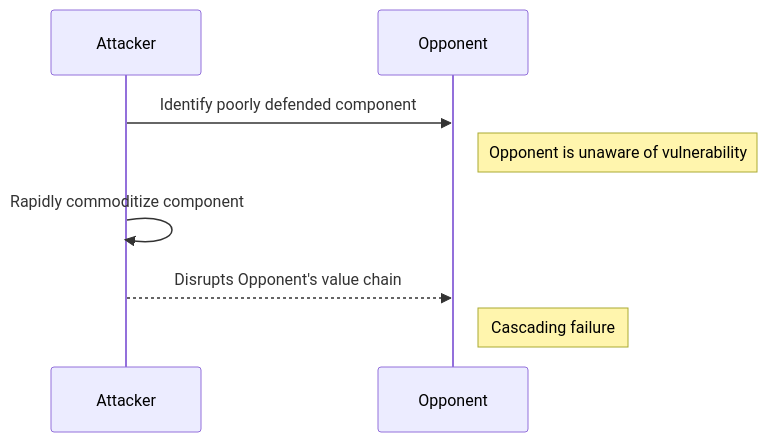
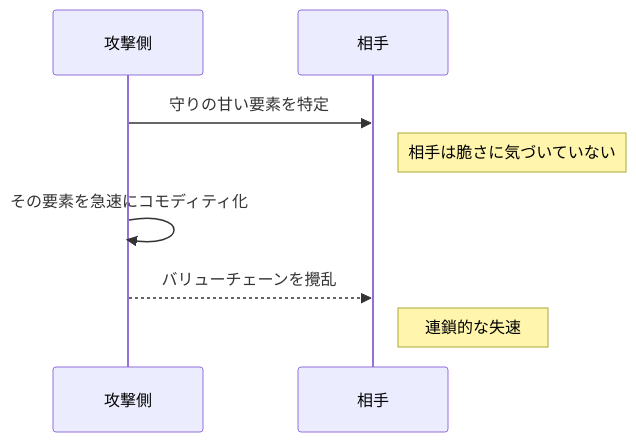
One commit to wardley-leadership-strategies-ja/wardley-leadership-strategies-ja.github.io changed the diagram in docs/strategies/attacking/fools-mate/index.md. Above: the diagram before and after it, drawn with Mermaid. The commit also changed other lines of this file and 4 other files, not shown here.

````diff
--- a/docs/strategies/attacking/fools-mate/index.md
+++ b/docs/strategies/attacking/fools-mate/index.md
@@ -83,10 +79,10 @@
 ```mermaid
 sequenceDiagram
-    participant Attacker
-    participant Opponent
-    Attacker->>Opponent: Identify poorly defended component
-    Note right of Opponent: Opponent is unaware of vulnerability
-    Attacker->>Attacker: Rapidly commoditize component
-    Attacker-->>Opponent: Disrupts Opponent's value chain
-    Note right of Opponent: Cascading failure
+    participant Attacker as 攻撃側
+    participant Opponent as 相手
+    Attacker->>Opponent: 守りの甘い要素を特定
+    Note right of Opponent: 相手は脆さに気づいていない
+    Attacker->>Attacker: その要素を急速にコモディティ化
+    Attacker-->>Opponent: バリューチェーンを攪乱
+    Note right of Opponent: 連鎖的な失速
 ```
````
